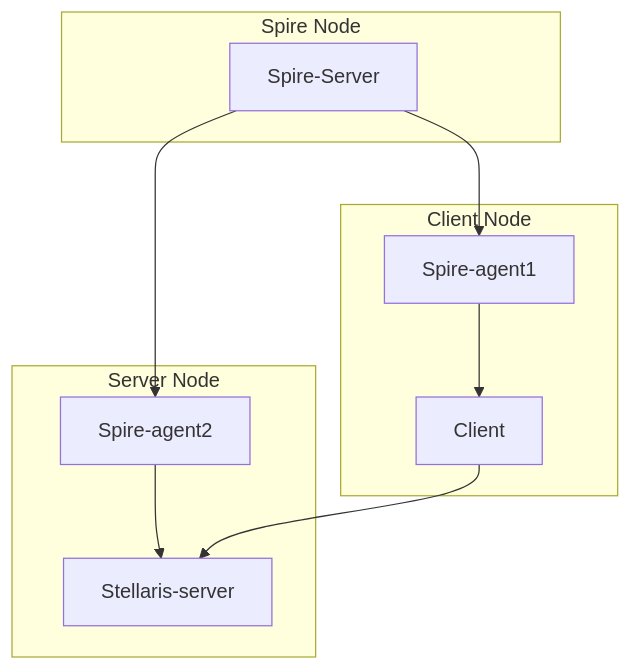
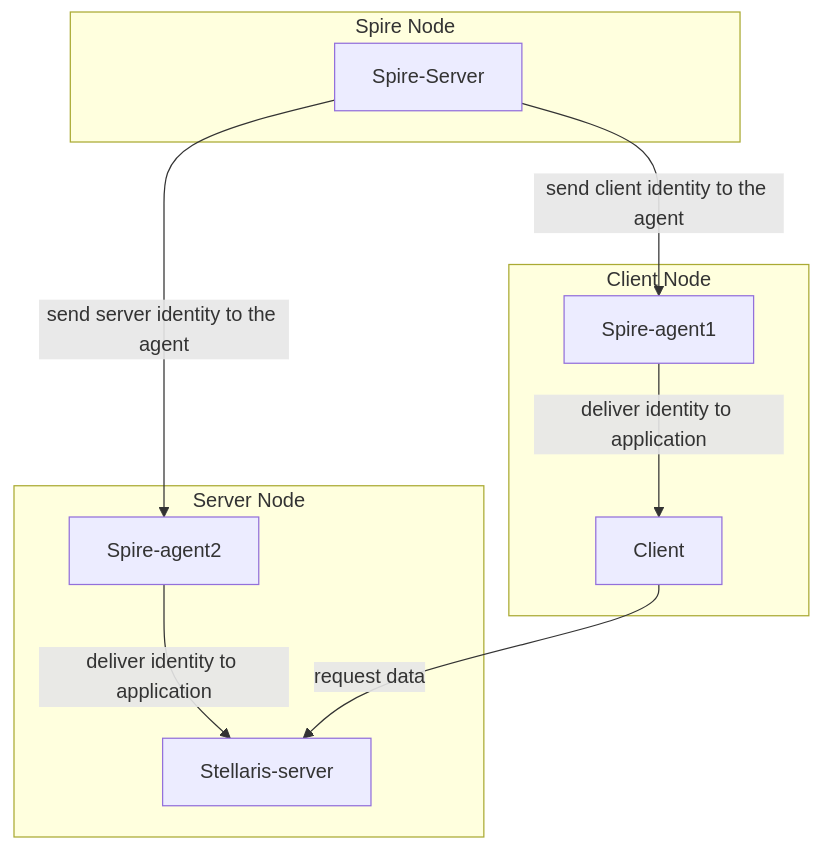
The diagram in README.md (arielroque/stellaris), drawn with Mermaid before and after one commit.

Commit message:
docs: update flowchart

````diff
--- a/README.md
+++ b/README.md
@@ -13,16 +13,16 @@
 ```mermaid
 flowchart TB
     subgraph Server Node
-    Spire-agent2-->Stellaris-server
+    Spire-agent2--"deliver identity to application"-->Stellaris-server
     end
-    Spire-Server-->Spire-agent1
+    Spire-Server--"send client identity to the agent"-->Spire-agent1
     subgraph Spire Node
-    Spire-Server-->Spire-agent2
+    Spire-Server--"send server identity to the agent"-->Spire-agent2
     end
-    Client-->Stellaris-server
+    Client--"request data"-->Stellaris-server
     subgraph Client Node
-    Spire-agent1-->Client
+    Spire-agent1--"deliver identity to application"-->Client
     end
 
 
 ```
````
